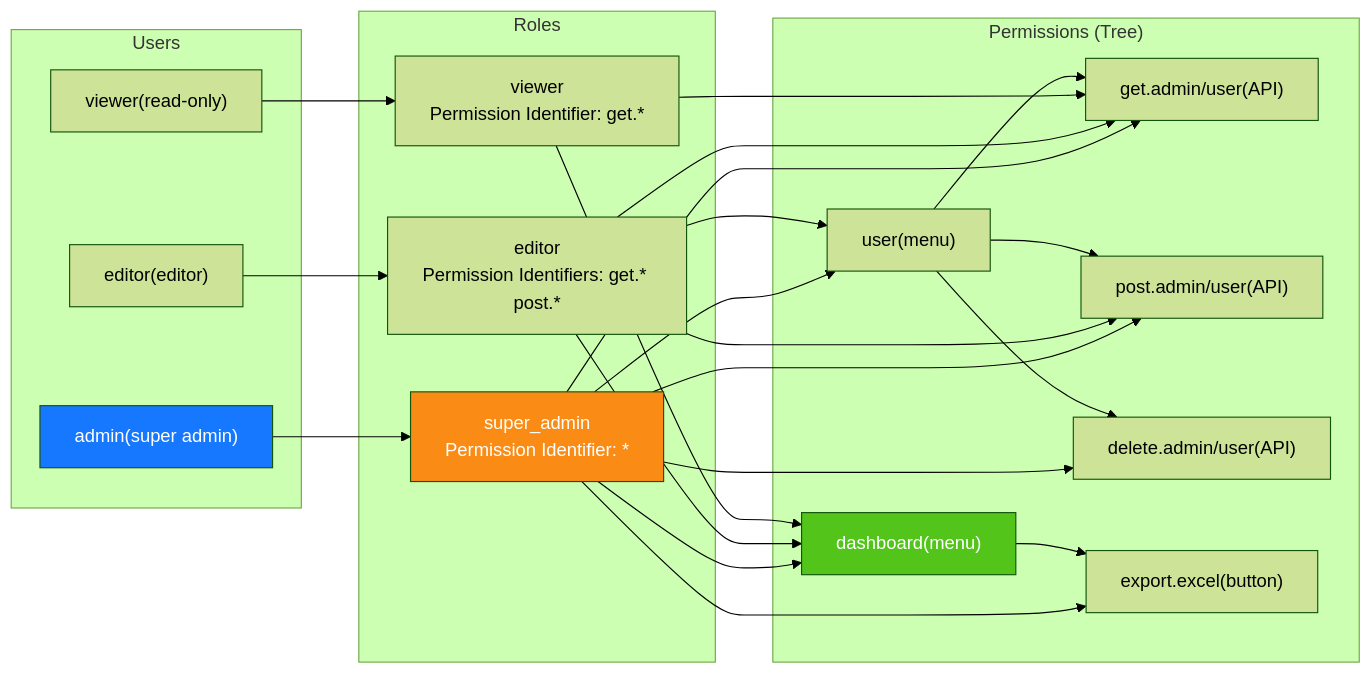
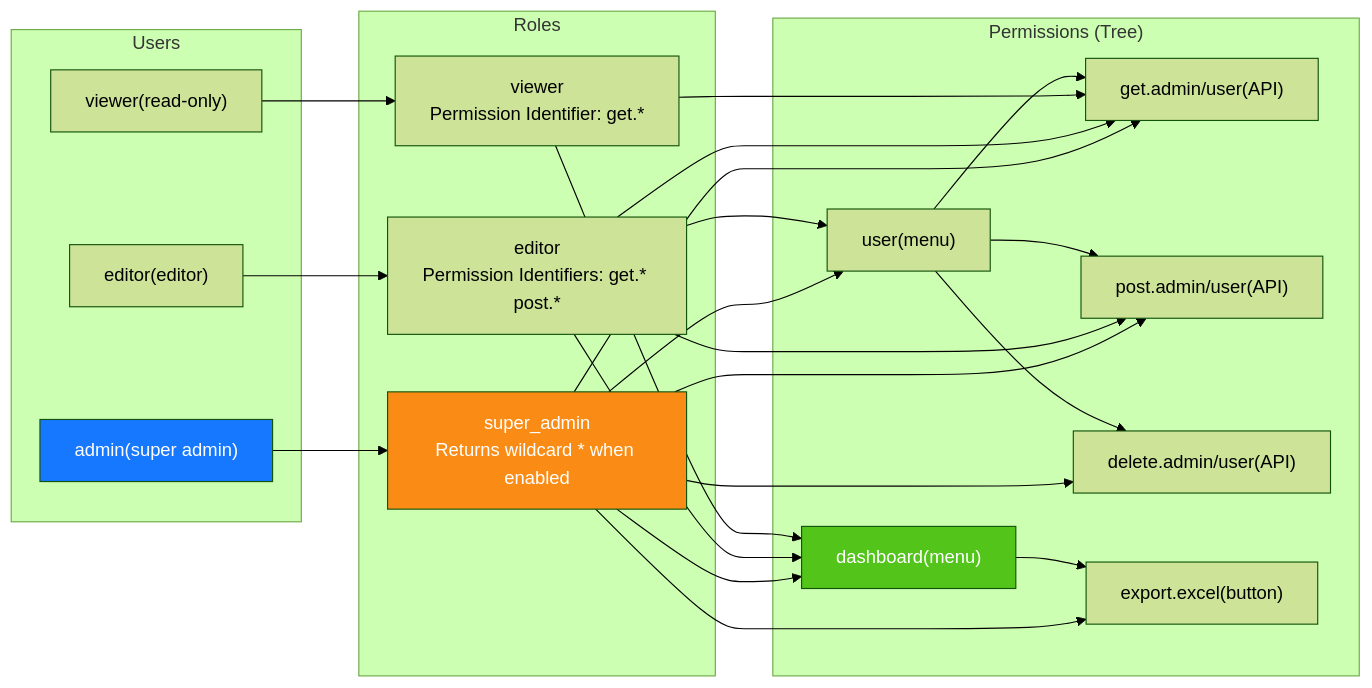
The first of 3 diagrams in docs/diagrams/05-rbac-model.en.md (erikwang2013/open-admin), drawn with Mermaid (forest theme) before and after one commit. The commit also changed other lines of this file and 62 other files, not shown here.

````diff
--- a/docs/diagrams/05-rbac-model.en.md
+++ b/docs/diagrams/05-rbac-model.en.md
@@ -9,36 +9,36 @@
 ```mermaid
 flowchart LR
     subgraph users["Users"]
         u1["admin(super admin)"]
         u2["editor(editor)"]
         u3["viewer(read-only)"]
     end
 
     subgraph roles["Roles"]
-        r1["super_admin<br/>Permission Identifier: *"]
+        r1["super_admin<br/>Returns wildcard * when enabled"]
         r2["editor<br/>Permission Identifiers: get.* post.*"]
         r3["viewer<br/>Permission Identifier: get.*"]
     end
 
     subgraph permissions["Permissions (Tree)"]
         p1["dashboard(menu)"]
         p2["user(menu)"]
         p3["get.admin/user(API)"]
         p4["post.admin/user(API)"]
         p5["delete.admin/user(API)"]
         p6["export.excel(button)"]
     end
 
     u1 --> r1
     u2 --> r2
     u3 --> r3
     r1 --> p1 & p2 & p3 & p4 & p5 & p6
     r2 --> p1 & p2 & p3 & p4
     r3 --> p1 & p3
     p2 --> p3 & p4 & p5
     p1 --> p6
 
     style u1 fill:#1677FF,color:#fff
     style r1 fill:#FA8C16,color:#fff
     style p1 fill:#52C41A,color:#fff
 ```
````
